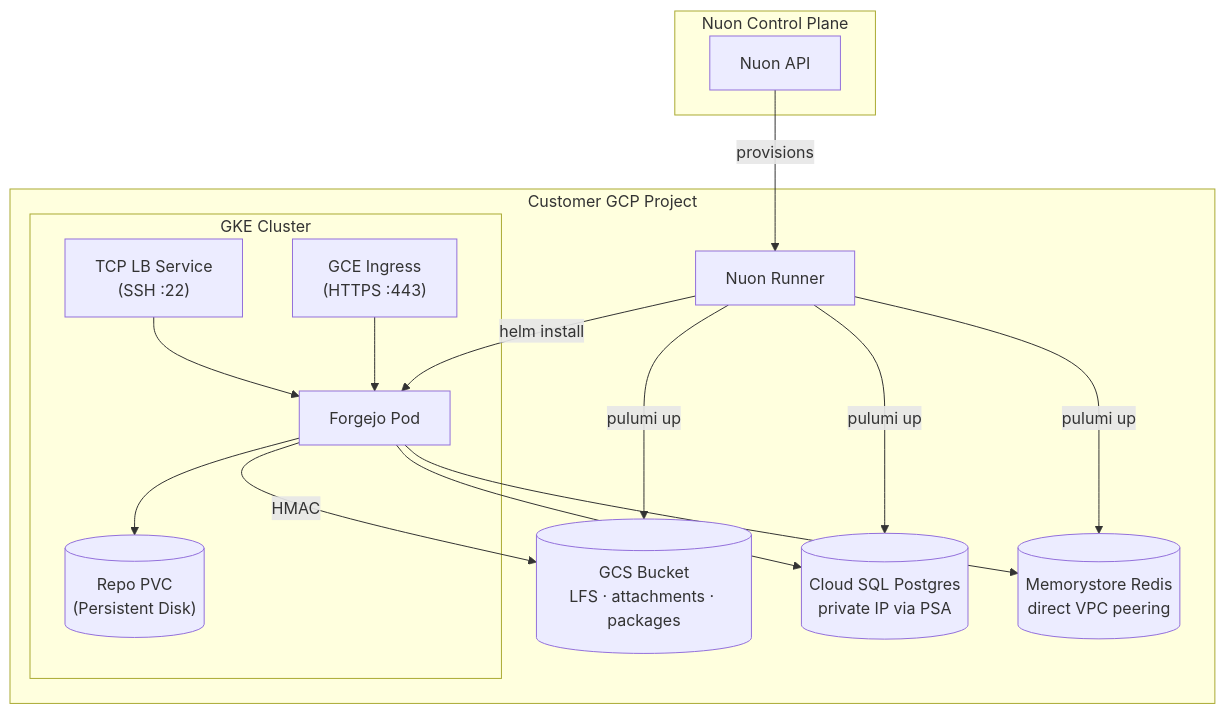
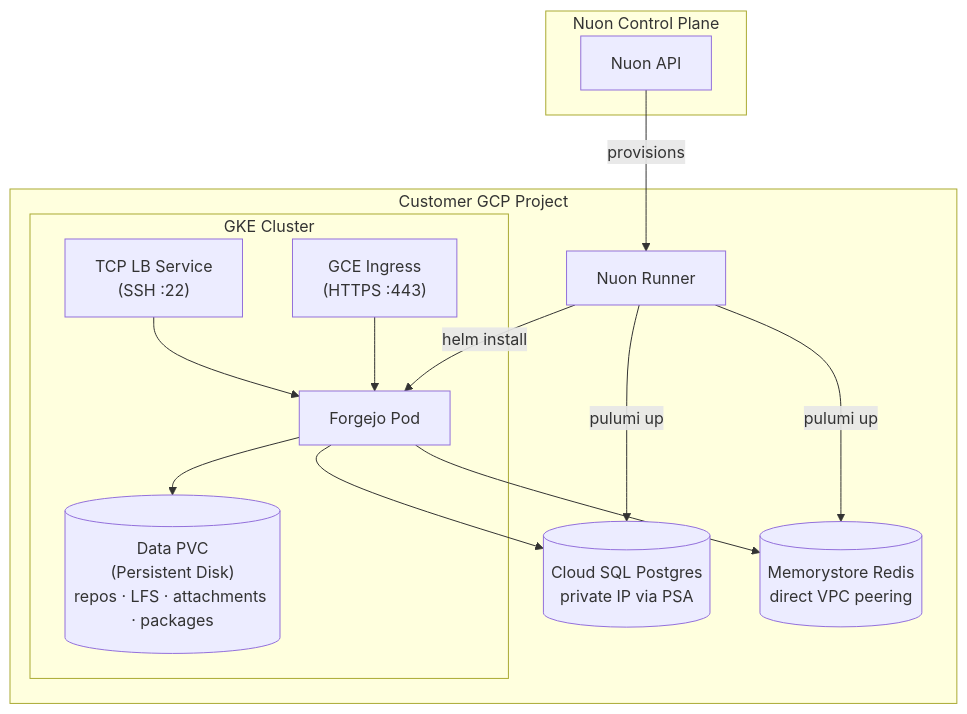
One commit to nuonco/example-app-configs changed the diagram in forgejo-gcp/README.md. Above: the diagram before and after it, drawn with Mermaid. The commit also changed other lines of this file and 74 other files, not shown here.

````diff
--- a/forgejo-gcp/README.md
+++ b/forgejo-gcp/README.md
@@ -24,31 +23,28 @@
 ```mermaid
 graph TD
     subgraph Nuon["Nuon Control Plane"]
         NuonAPI["Nuon API"]
     end
 
     subgraph Project["Customer GCP Project"]
         Runner["Nuon Runner"]
         subgraph GKE["GKE Cluster"]
             Forgejo["Forgejo Pod"]
-            PVC[("Repo PVC<br/>(Persistent Disk)")]
+            PVC[("Data PVC<br/>(Persistent Disk)<br/>repos · LFS · attachments · packages")]
             Ingress["GCE Ingress<br/>(HTTPS :443)"]
             SSHLB["TCP LB Service<br/>(SSH :22)"]
         end
-        GCS[("GCS Bucket<br/>LFS · attachments · packages")]
         SQL[("Cloud SQL Postgres<br/>private IP via PSA")]
         Memorystore[("Memorystore Redis<br/>direct VPC peering")]
     end
 
     NuonAPI -->|provisions| Runner
-    Runner -->|pulumi up| GCS
     Runner -->|pulumi up| SQL
     Runner -->|pulumi up| Memorystore
     Runner -->|helm install| Forgejo
-    Forgejo -->|HMAC| GCS
     Forgejo --> SQL
     Forgejo --> Memorystore
     Forgejo --> PVC
     Ingress --> Forgejo
     SSHLB --> Forgejo
 ```
````
